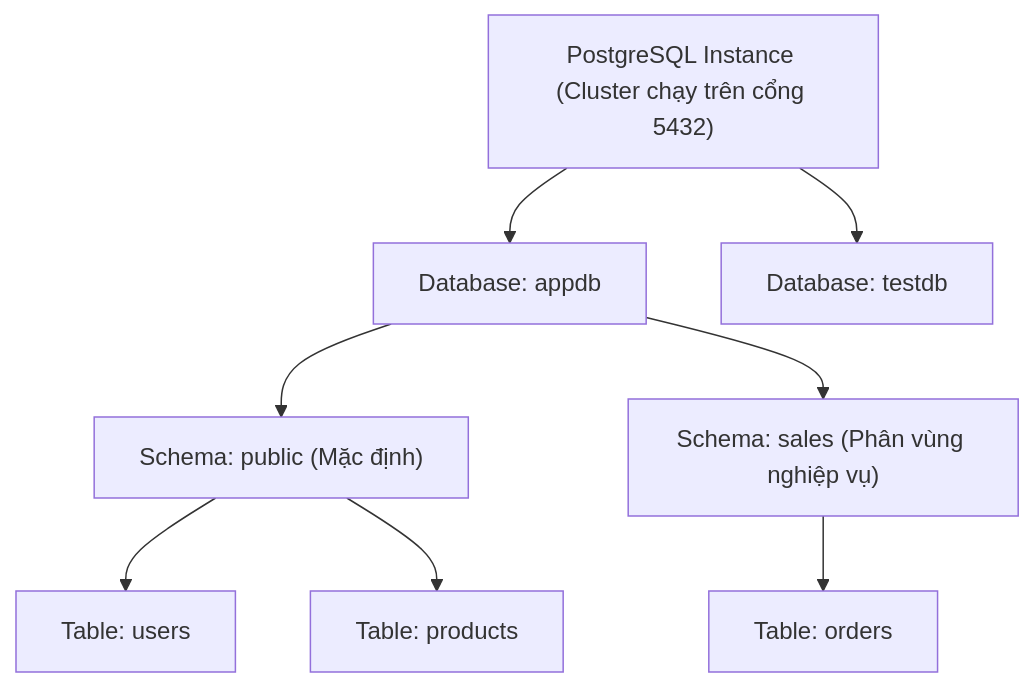
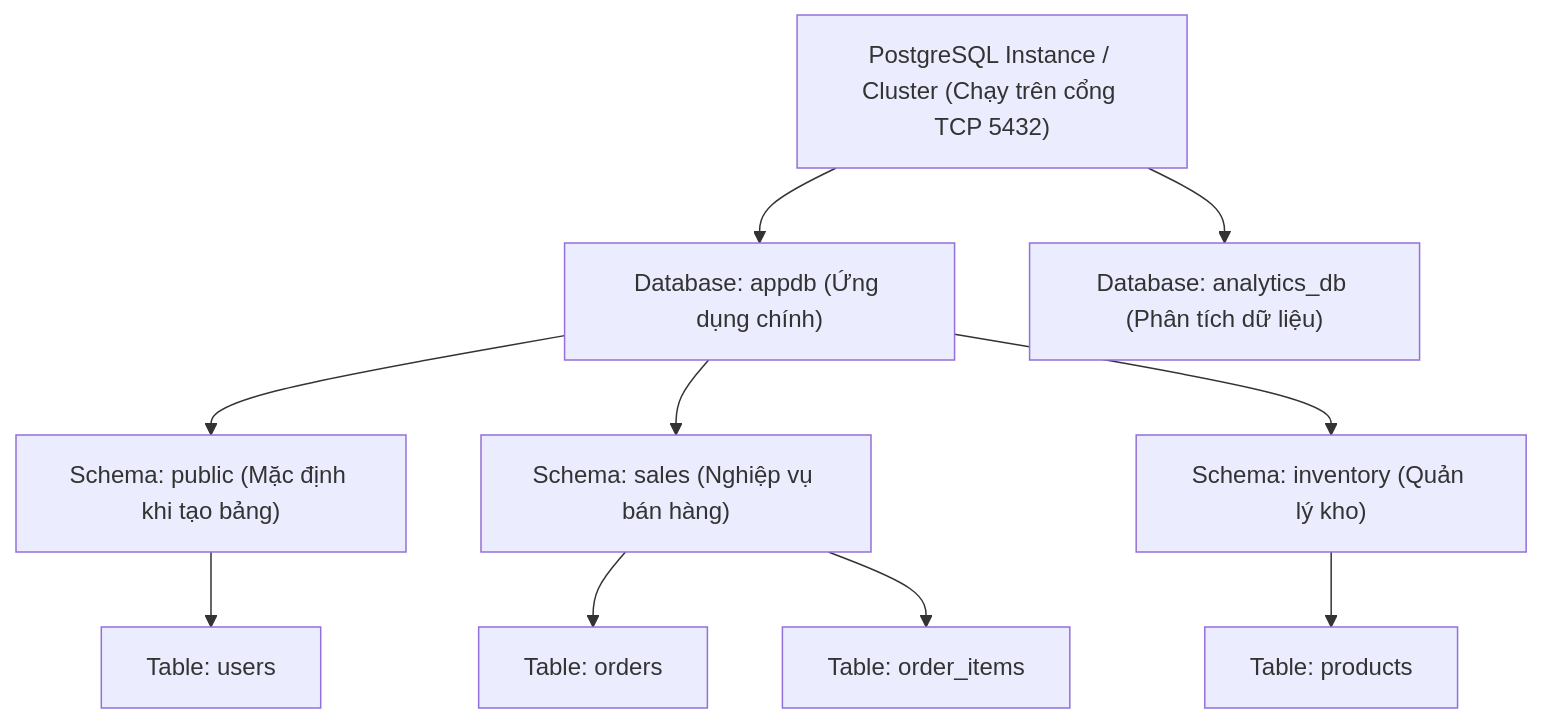
One commit to ThanhPhongvipvip/Tutorial changed the fifth of 10 diagrams in database/Database.md. Above: the diagram before and after it, drawn with Mermaid. The commit also changed other lines of this file and 1 other file, not shown here.

````diff
--- a/database/Database.md
+++ b/database/Database.md
@@ -262,13 +226,15 @@
 ```mermaid
 graph TD
-    Cluster["PostgreSQL Instance (Cluster chạy trên cổng 5432)"]
-    Cluster --> DB1["Database: appdb"]
-    Cluster --> DB2["Database: testdb"]
+    Cluster["PostgreSQL Instance / Cluster (Chạy trên cổng TCP 5432)"]
+    Cluster --> DB1["Database: appdb (Ứng dụng chính)"]
+    Cluster --> DB2["Database: analytics_db (Phân tích dữ liệu)"]
     
-    DB1 --> S1["Schema: public (Mặc định)"]
-    DB1 --> S2["Schema: sales (Phân vùng nghiệp vụ)"]
+    DB1 --> S1["Schema: public (Mặc định khi tạo bảng)"]
+    DB1 --> S2["Schema: sales (Nghiệp vụ bán hàng)"]
+    DB1 --> S3["Schema: inventory (Quản lý kho)"]
     
     S1 --> T1["Table: users"]
-    S1 --> T2["Table: products"]
-    S2 --> T3["Table: orders"]
+    S2 --> T2["Table: orders"]
+    S2 --> T3["Table: order_items"]
+    S3 --> T4["Table: products"]
 ```
````
